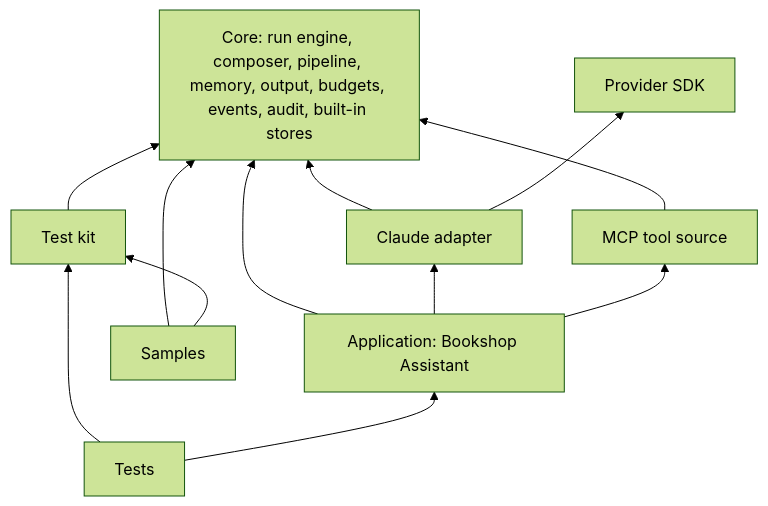
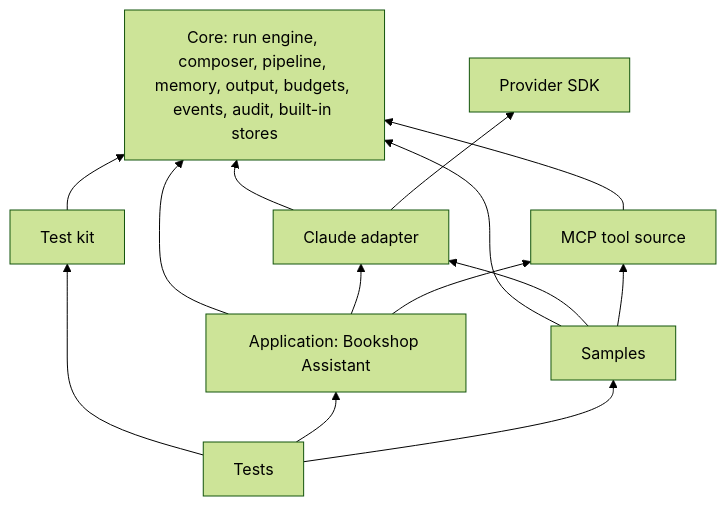
Before and after one commit to sleepyshark85/Officina: the third of 8 diagrams in ARCHITECTURE.md, drawn with Mermaid (forest theme). The commit also changed other lines of this file and 3 other files, not shown here.

````diff
--- a/ARCHITECTURE.md
+++ b/ARCHITECTURE.md
@@ -120,11 +120,11 @@
 ```mermaid
 flowchart BT
     Core[Core: run engine, composer, pipeline, memory, output, budgets, events, audit, built-in stores]
     Claude[Claude adapter] --> Core
     Mcp[MCP tool source] --> Core
     Kit[Test kit] --> Core
     App[Application: Bookshop Assistant] --> Core & Claude & Mcp
-    Samples[Samples] --> Core & Kit
-    Tests[Tests] --> Kit & App
+    Samples[Samples] --> Core & Claude & Mcp
+    Tests[Tests] --> Kit & App & Samples
     Claude --> Sdk[Provider SDK]
 ```
````
